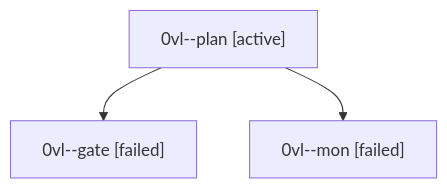
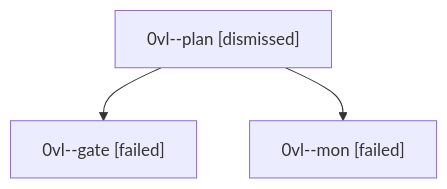
One commit to bobs-org/bob-cli--agents changed the diagram in sessions/bbugyi200.athena.0vl.md. Above: the diagram before and after it, drawn with Mermaid. The commit also changed other lines of this file and 27 other files, not shown here.

````diff
--- a/sessions/bbugyi200.athena.0vl.md
+++ b/sessions/bbugyi200.athena.0vl.md
@@ -9,8 +9,8 @@
 ```mermaid
 flowchart TD
-  n0["0vl--plan [active]"]
+  n0["0vl--plan [dismissed]"]
   n1["0vl--gate [failed]"]
   n0 --> n1
   n2["0vl--mon [failed]"]
   n0 --> n2
 ```
````
